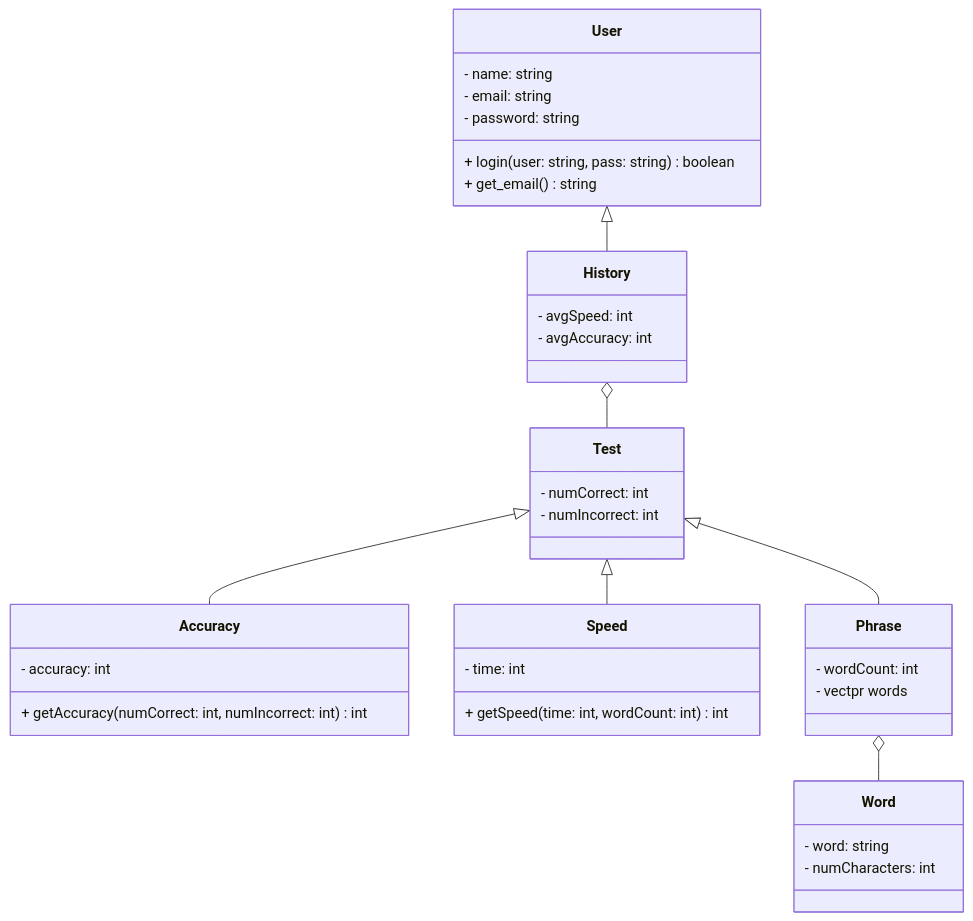
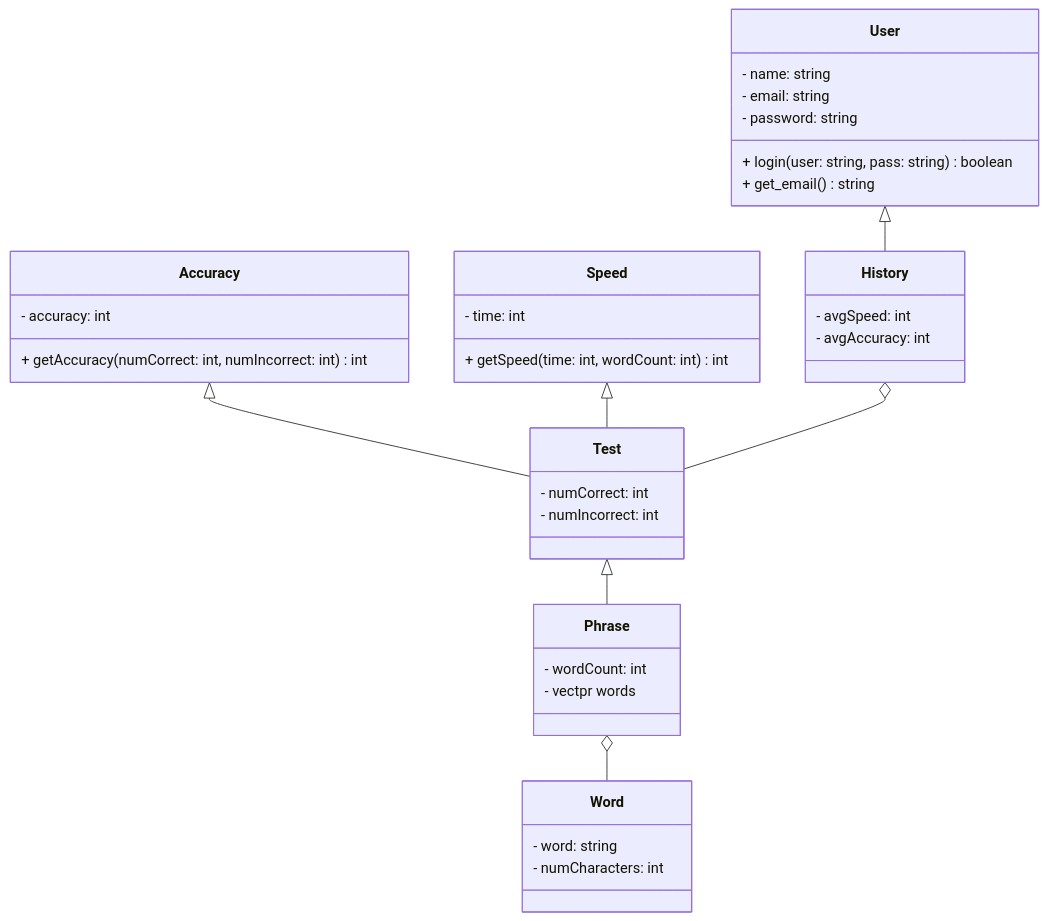
The diagram in README.md (sbandaya/tippitytappity-design), drawn with Mermaid before and after one commit.

````diff
--- a/README.md
+++ b/README.md
@@ -8,42 +8,42 @@
 ```mermaid
 classDiagram
-  Test <|-- Accuracy
-  Test <|-- Speed
+  Accuracy <|-- Test
+  Speed <|-- Test
   Test <|-- Phrase
   User <|-- History
   History o-- Test
   Phrase o-- Word
   
   class User{
         - name: string
         - email: string
         - password: string
         + login(user: string, pass: string) boolean
         + get_email() string
   }
   class Accuracy{
         - accuracy: int
         + getAccuracy( numCorrect: int, numIncorrect: int) int 
   }
   class Speed{
         - time: int
         + getSpeed(time: int, wordCount: int) int
   }
   class Word{
         - word: string
         - numCharacters: int 
   }
   class Phrase{
         - wordCount: int
         - vectpr<string> words
   }
   class Test{
         - numCorrect: int
         - numIncorrect: int
   }
   class History{
         - avgSpeed: int
         - avgAccuracy: int
   }
   
 ```
````
